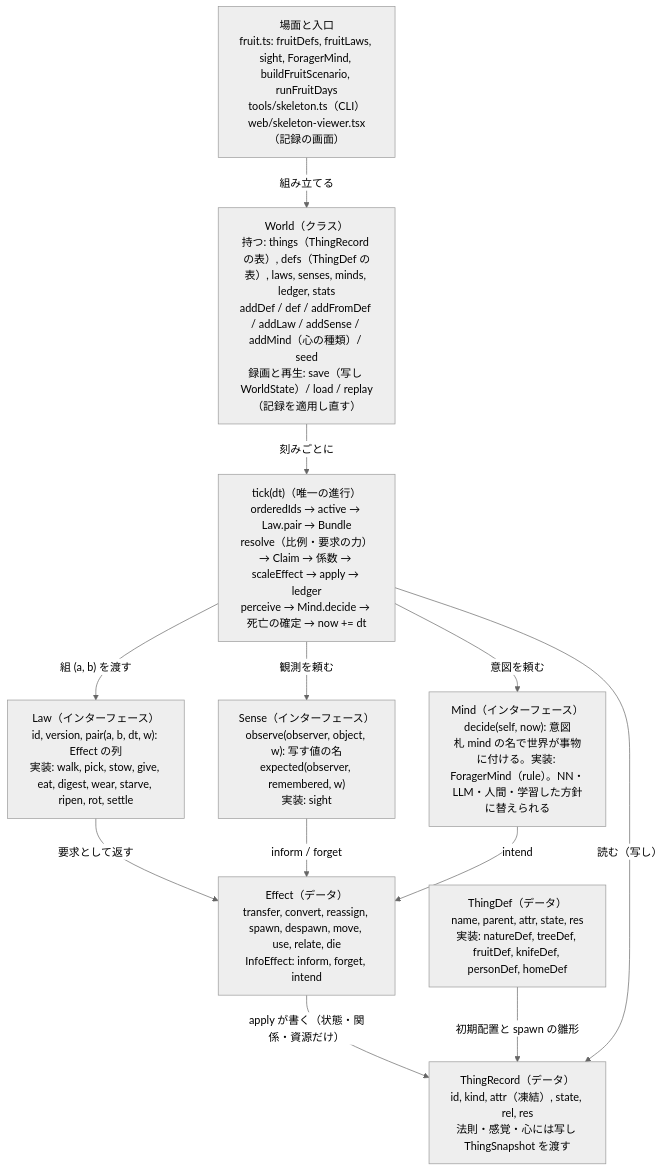
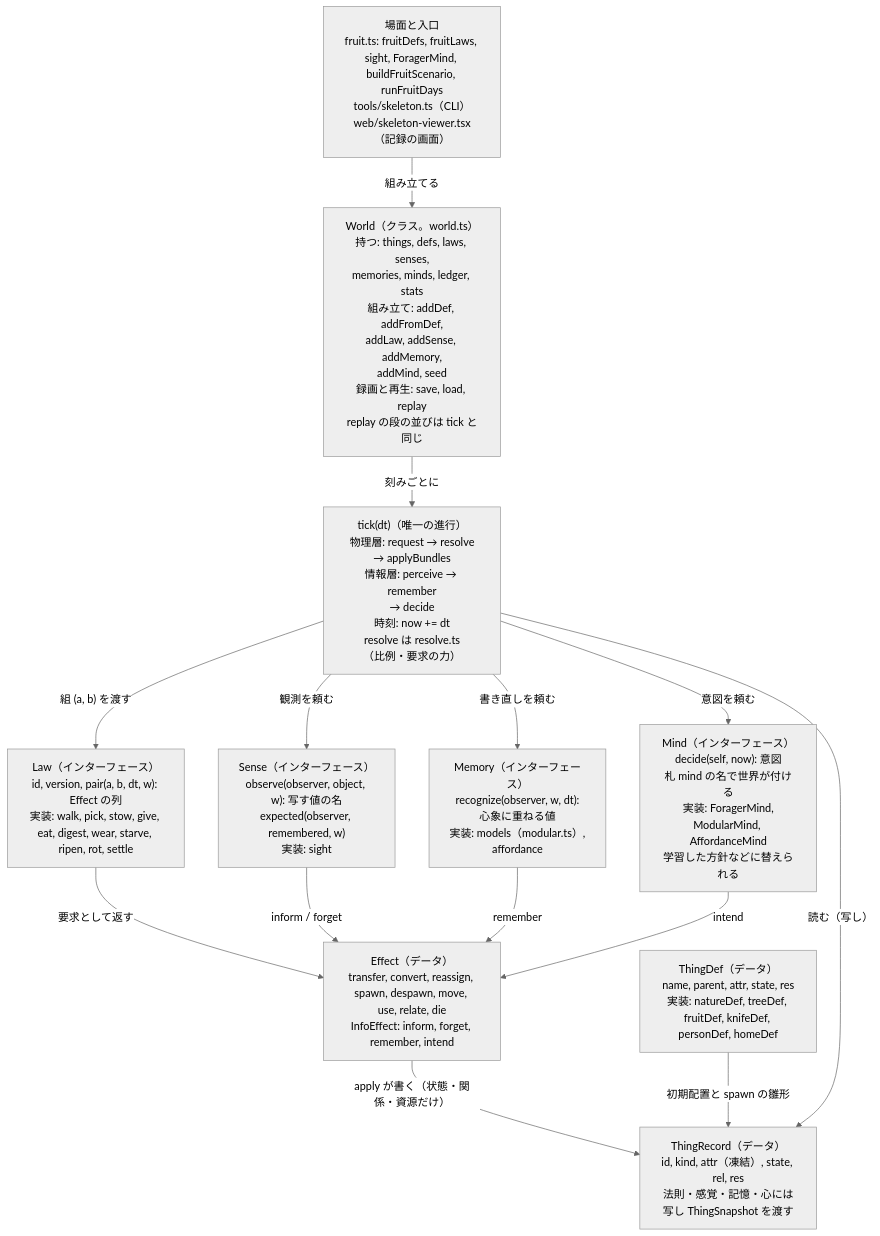
One commit to demerzel09/Medieval-Simulator changed the diagram in docs/figures/src/design-fig4-impl.mmd. Above: the diagram before and after it, drawn with Mermaid (neutral theme). The commit also changed 12 other files, not shown here.

```diff
--- a/docs/figures/src/design-fig4-impl.mmd
+++ b/docs/figures/src/design-fig4-impl.mmd
@@ -1,21 +1,24 @@
 flowchart TD
   SC["場面と入口<br/>fruit.ts: fruitDefs, fruitLaws, sight, ForagerMind, buildFruitScenario, runFruitDays<br/>tools/skeleton.ts（CLI）<br/>web/skeleton-viewer.tsx<br/>（記録の画面）"]
-  WD["World（クラス）<br/>持つ: things（ThingRecord の表）, defs（ThingDef の表）, laws, senses, minds, ledger, stats<br/>addDef / def / addFromDef / addLaw / addSense / addMind（心の種類）/ seed<br/>録画と再生: save（写し WorldState）/ load / replay（記録を適用し直す）"]
-  TK["tick(dt)（唯一の進行）<br/>orderedIds → active → Law.pair → Bundle<br/>resolve（比例・要求の力）→ Claim → 係数 → scaleEffect → apply → ledger<br/>perceive → Mind.decide → 死亡の確定 → now += dt"]
+  WD["World（クラス。world.ts）<br/>持つ: things, defs, laws, senses,<br/>memories, minds, ledger, stats<br/>組み立て: addDef, addFromDef,<br/>addLaw, addSense, addMemory,<br/>addMind, seed<br/>録画と再生: save, load, replay<br/>replay の段の並びは tick と同じ"]
+  TK["tick(dt)（唯一の進行）<br/>物理層: request → resolve<br/>→ applyBundles<br/>情報層: perceive → remember<br/>→ decide<br/>時刻: now += dt<br/>resolve は resolve.ts<br/>（比例・要求の力）"]
   LW["Law（インターフェース）<br/>id, version, pair(a, b, dt, w): Effect の列<br/>実装: walk, pick, stow, give, eat, digest, wear, starve, ripen, rot, settle"]
   SN["Sense（インターフェース）<br/>observe(observer, object, w): 写す値の名<br/>expected(observer, remembered, w)<br/>実装: sight"]
-  MD["Mind（インターフェース）<br/>decide(self, now): 意図<br/>札 mind の名で世界が事物に付ける。実装: ForagerMind（rule）。NN・LLM・人間・学習した方針に替えられる"]
-  EF["Effect（データ）<br/>transfer, convert, reassign, spawn, despawn, move, use, relate, die<br/>InfoEffect: inform, forget, intend"]
+  MM["Memory（インターフェース）<br/>recognize(observer, w, dt):<br/>心象に重ねる値<br/>実装: models（modular.ts）,<br/>affordance"]
+  MD["Mind（インターフェース）<br/>decide(self, now): 意図<br/>札 mind の名で世界が付ける<br/>実装: ForagerMind,<br/>ModularMind, AffordanceMind<br/>学習した方針などに替えられる"]
+  EF["Effect（データ）<br/>transfer, convert, reassign, spawn, despawn, move, use, relate, die<br/>InfoEffect: inform, forget, remember, intend"]
   DF["ThingDef（データ）<br/>name, parent, attr, state, res<br/>実装: natureDef, treeDef, fruitDef, knifeDef, personDef, homeDef"]
-  TR["ThingRecord（データ）<br/>id, kind, attr（凍結）, state, rel, res<br/>法則・感覚・心には写し ThingSnapshot を渡す"]
+  TR["ThingRecord（データ）<br/>id, kind, attr（凍結）, state, rel, res<br/>法則・感覚・記憶・心には写し ThingSnapshot を渡す"]
   SC -->|"組み立てる"| WD
   WD -->|"刻みごとに"| TK
   TK -->|"組 (a, b) を渡す"| LW
   TK -->|"観測を頼む"| SN
+  TK -->|"書き直しを頼む"| MM
   TK -->|"意図を頼む"| MD
   LW -->|"要求として返す"| EF
   SN -->|"inform / forget"| EF
+  MM -->|"remember"| EF
   MD -->|"intend"| EF
   EF -->|"apply が書く（状態・関係・資源だけ）"| TR
   DF -->|"初期配置と spawn の雛形"| TR
   TK -->|"読む（写し）"| TR
```
